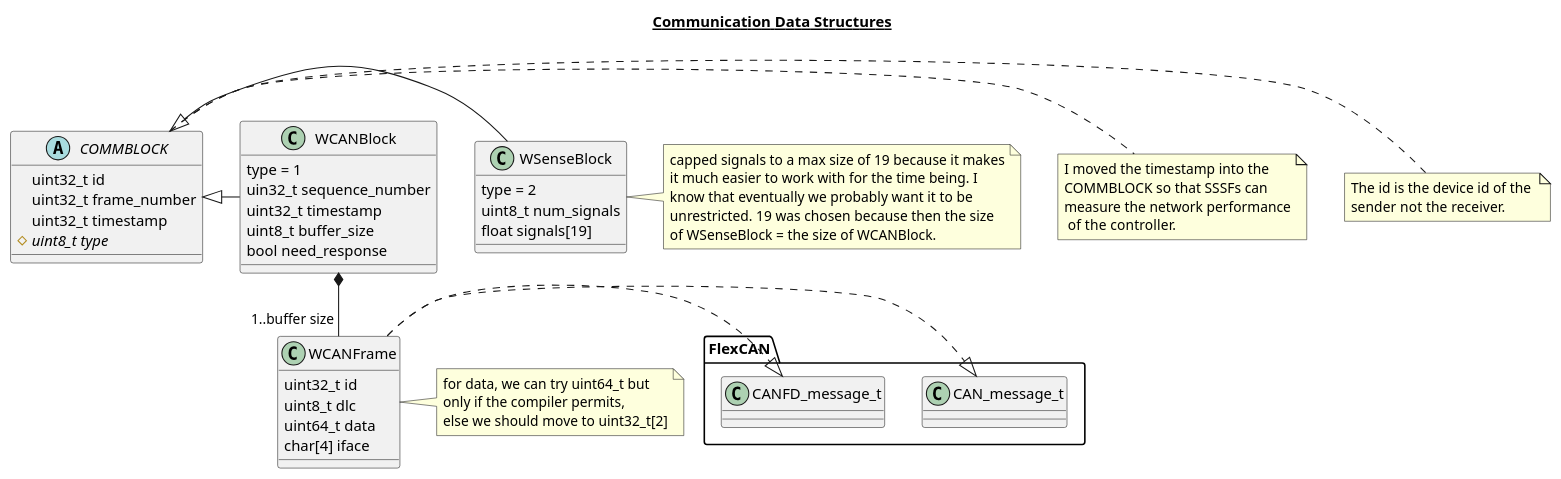
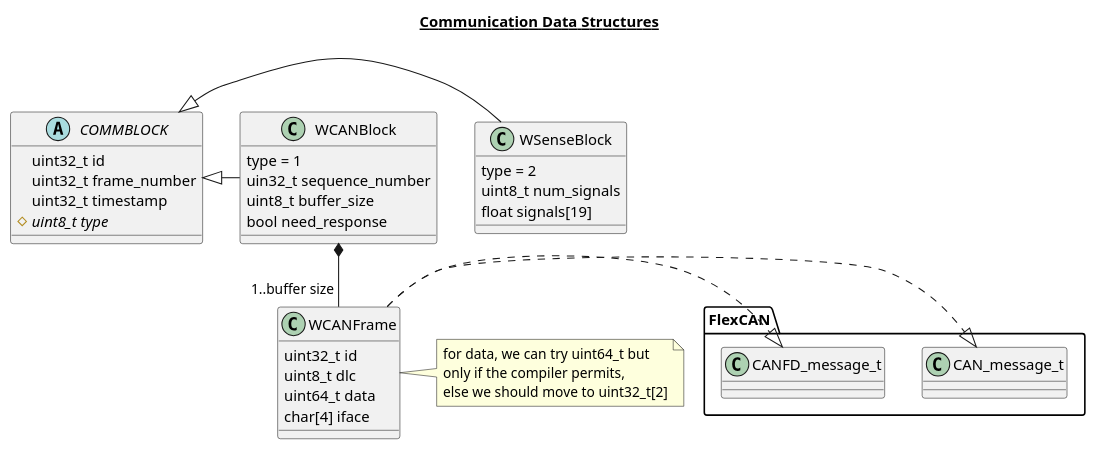
One commit to SystemsCyber/Software-Defined-Truck changed the second of 7 diagrams in Doc/Documentation.md. Above: the diagram before and after it, drawn with PlantUML. The commit also changed other lines of this file and 6 other files, not shown here.

````diff
--- a/Doc/Documentation.md
+++ b/Doc/Documentation.md
@@ -40,42 +38,38 @@
 ```plantuml
 @startuml
     title <u>Communication Data Structures</u>
 
     abstract class COMMBLOCK{
         uint32_t id
         uint32_t frame_number
         uint32_t timestamp
         {abstract} # uint8_t type
     }
-    note right of COMMBLOCK: The id is the device id of the \nsender not the receiver.
-    note right of COMMBLOCK: I moved the timestamp into the\nCOMMBLOCK so that SSSFs can\nmeasure the network performance\n of the controller. 
 
     class WSenseBlock{
         type = 2
         uint8_t num_signals
         float signals[19]
     }
-    note right of WSenseBlock: capped signals to a max size of 19 because it makes\nit much easier to work with for the time being. I\nknow that eventually we probably want it to be\nunrestricted. 19 was chosen because then the size\nof WSenseBlock = the size of WCANBlock.
     COMMBLOCK <|- WSenseBlock
 
     class WCANFrame{
         uint32_t id
         uint8_t dlc
         uint64_t data
         char[4] iface
     }
     WCANFrame .|> FlexCAN.CAN_message_t
     WCANFrame .|> FlexCAN.CANFD_message_t
     note right of WCANFrame: for data, we can try uint64_t but \nonly if the compiler permits, \nelse we should move to uint32_t[2]
     class WCANBlock{
         type = 1
         uin32_t sequence_number
-        uint32_t timestamp 
         uint8_t buffer_size
         bool need_response
     }
 
     COMMBLOCK <|- WCANBlock
     WCANBlock *--"1..buffer size"WCANFrame 
 @enduml
 ```
````
